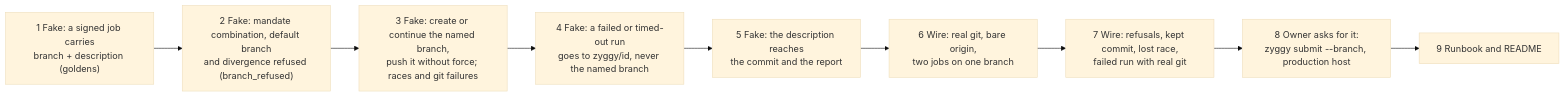
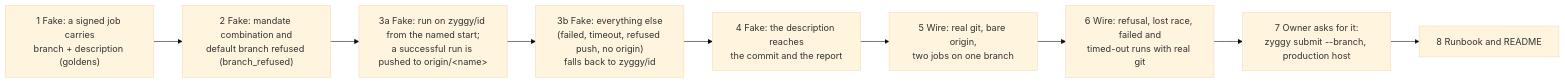
One commit to zyggy-org/zyggy changed the fifth of 5 diagrams in _specs/53-job-branch-name.md. Above: the diagram before and after it, drawn with Mermaid (base theme). The commit also changed other lines of this file, not shown here.

Commit message:
zyggy job 01M7N170DQGWZ3K4GNZR2N5KK7

````diff
--- a/_specs/53-job-branch-name.md
+++ b/_specs/53-job-branch-name.md
@@ -156,11 +154,11 @@
 ```mermaid
 flowchart LR
-  s1["1 Fake: a signed job carries<br/>branch + description (goldens)"] --> s2["2 Fake: mandate combination, default branch<br/>and divergence refused (branch_refused)"]
-  s2 --> s3["3 Fake: create or continue the named branch,<br/>push it without force; races and git failures"]
-  s3 --> s4["4 Fake: a failed or timed-out run<br/>goes to zyggy/id, never the named branch"]
-  s4 --> s5["5 Fake: the description reaches<br/>the commit and the report"]
-  s5 --> s6["6 Wire: real git, bare origin,<br/>two jobs on one branch"]
-  s6 --> s7["7 Wire: refusals, kept commit, lost race,<br/>failed run with real git"]
-  s7 --> s8["8 Owner asks for it:<br/>zyggy submit --branch, production host"]
-  s8 --> s9["9 Runbook and README"]
+  s1["1 Fake: a signed job carries<br/>branch + description (goldens)"] --> s2["2 Fake: mandate combination and<br/>default branch refused (branch_refused)"]
+  s2 --> s3a["3a Fake: run on zyggy/id from the named start;<br/>a successful run is pushed to origin/&lt;name&gt;"]
+  s3a --> s3b["3b Fake: everything else<br/>(failed, timeout, refused push, no origin)<br/>falls back to zyggy/id"]
+  s3b --> s4["4 Fake: the description reaches<br/>the commit and the report"]
+  s4 --> s5["5 Wire: real git, bare origin,<br/>two jobs on one branch"]
+  s5 --> s6["6 Wire: refusal, lost race, failed and<br/>timed-out runs with real git"]
+  s6 --> s7["7 Owner asks for it:<br/>zyggy submit --branch, production host"]
+  s7 --> s8["8 Runbook and README"]
 ```
````
